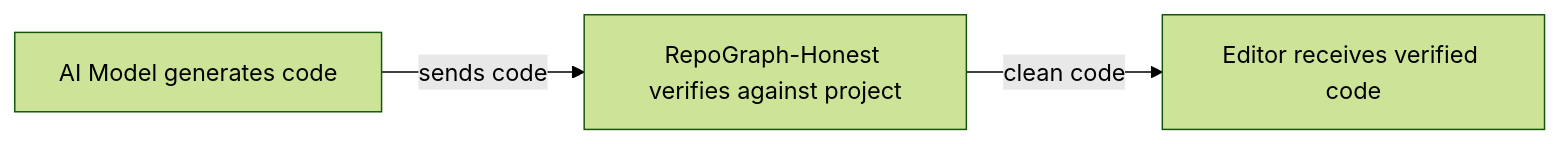
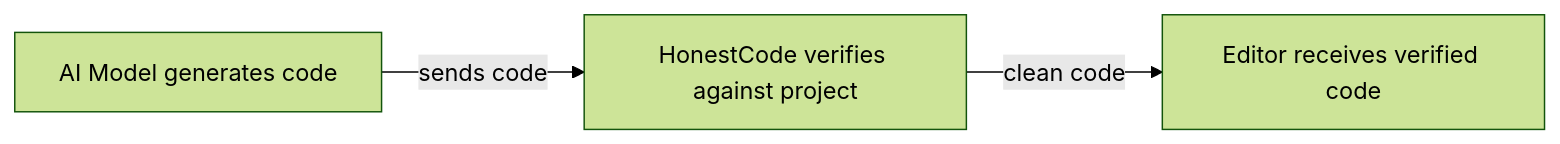
One commit to Fengrru/repograph-honest-mcp changed the first of 2 diagrams in README.md. Above: the diagram before and after it, drawn with Mermaid (forest theme). The commit also changed other lines of this file and 49 other files, not shown here.

First line of the commit message:
Rename project to HonestCode

````diff
--- a/README.md
+++ b/README.md
@@ -53,5 +53,5 @@
 ```mermaid
 graph LR
-    A["AI Model generates code"] -->|sends code| B["RepoGraph-Honest verifies against project"]
+    A["AI Model generates code"] -->|sends code| B["HonestCode verifies against project"]
     B -->|clean code| C["Editor receives verified code"]
 ```
````
